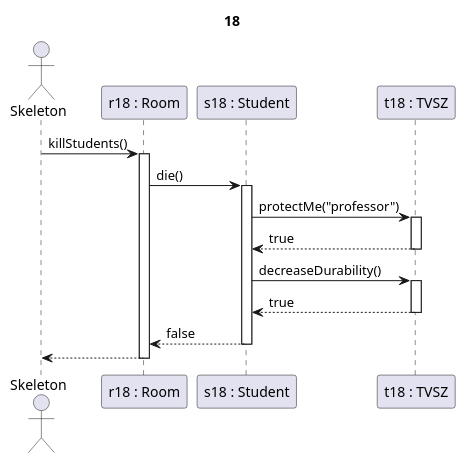
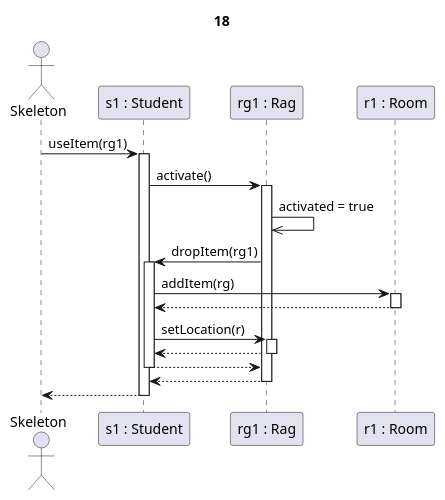
The diagram in partII_sequence diagrams/18.puml (kipolaris/skyrimscriptsuttogok), drawn with PlantUML before and after one commit. The commit also changed 113 other files, not shown here.

Commit message:
generated all 46 sequence diagrams and the use-case diagram

```diff
--- a/partII_sequence diagrams/18.puml
+++ b/partII_sequence diagrams/18.puml
@@ -1,24 +1,29 @@
-@startuml oktato_tamad
+@startuml rag aktiválása
 
 title 18
 
 actor Skeleton as sk
-participant "r18 : Room" as r
-participant "s18 : Student" as s
-participant "t18 : TVSZ" as c
+participant "s1 : Student" as s
+participant "rg1 : Rag" as rg
+participant "r1 : Room" as r
 
-sk->r ++: killStudents()
+sk->s ++: useItem(rg1)
+s->rg ++: activate()
 
-r -> s ++: die()
+rg->>rg : activated = true
 
-s->c ++: protectMe("professor")
-c-->s --: true
+rg->s ++: dropItem(rg1)
 
-s->c ++: decreaseDurability()
-c-->s --: true
+s -> r ++: addItem(rg)
+r-->s --:
 
-s-->r --: false
+s->rg ++: setLocation(r)
+rg-->s --:
 
-r-->sk --:
+s-->rg --:
+
+rg-->s --:
+
+s-->sk --:
 
 @enduml
```
